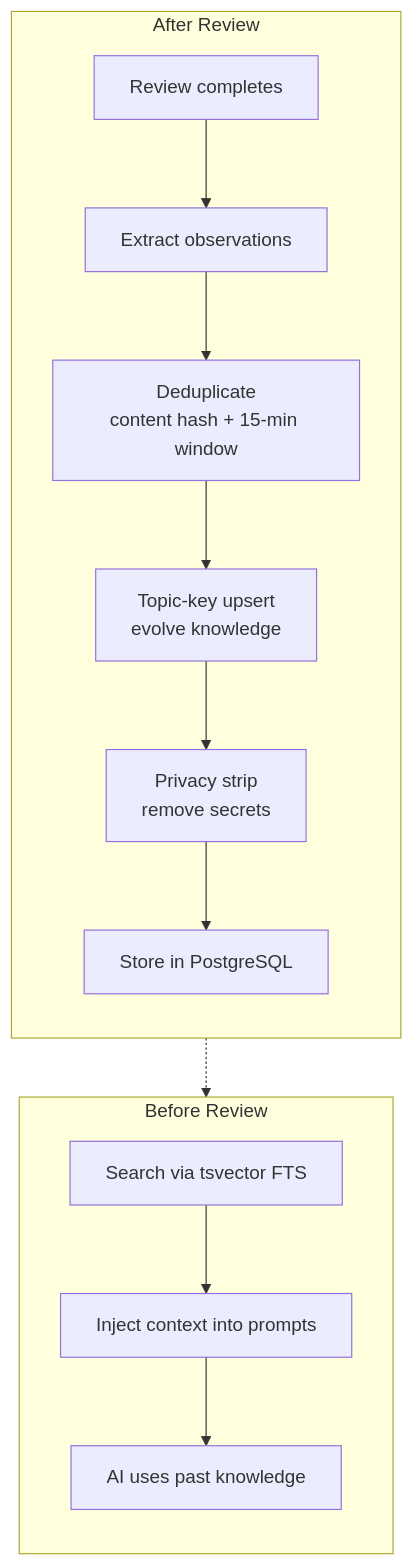
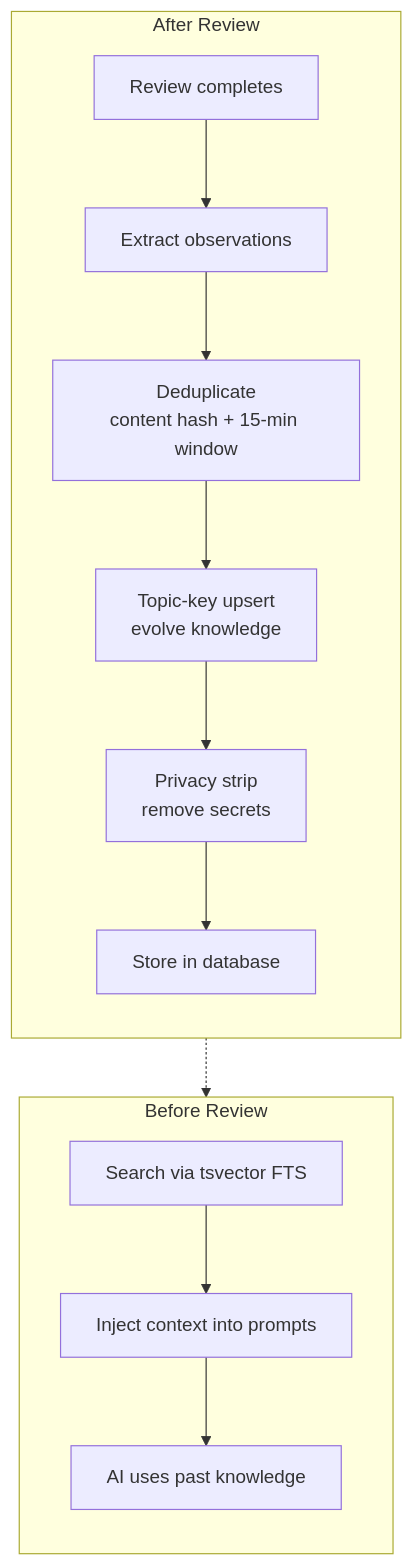
The first of 2 diagrams in docs/memory-system.md (actions-marketplace-validations/JNZader_ghagga), drawn with Mermaid before and after one commit. The commit also changed other lines of this file and 17 other files, not shown here.

````diff
--- a/docs/memory-system.md
+++ b/docs/memory-system.md
@@ -7,19 +7,19 @@
 ```mermaid
 flowchart TB
   subgraph Write["After Review"]
     direction TB
     R["Review completes"] --> Extract["Extract observations"]
     Extract --> Dedup["Deduplicate<br/>content hash + 15-min window"]
     Dedup --> Upsert["Topic-key upsert<br/>evolve knowledge"]
     Upsert --> Strip["Privacy strip<br/>remove secrets"]
-    Strip --> Store["Store in PostgreSQL"]
+    Strip --> Store["Store in database"]
   end
 
   subgraph Read["Before Review"]
     direction TB
     Search["Search via tsvector FTS"] --> Inject["Inject context into prompts"]
     Inject --> AI["AI uses past knowledge"]
   end
 
   Store -.-> Search
 ```
````
